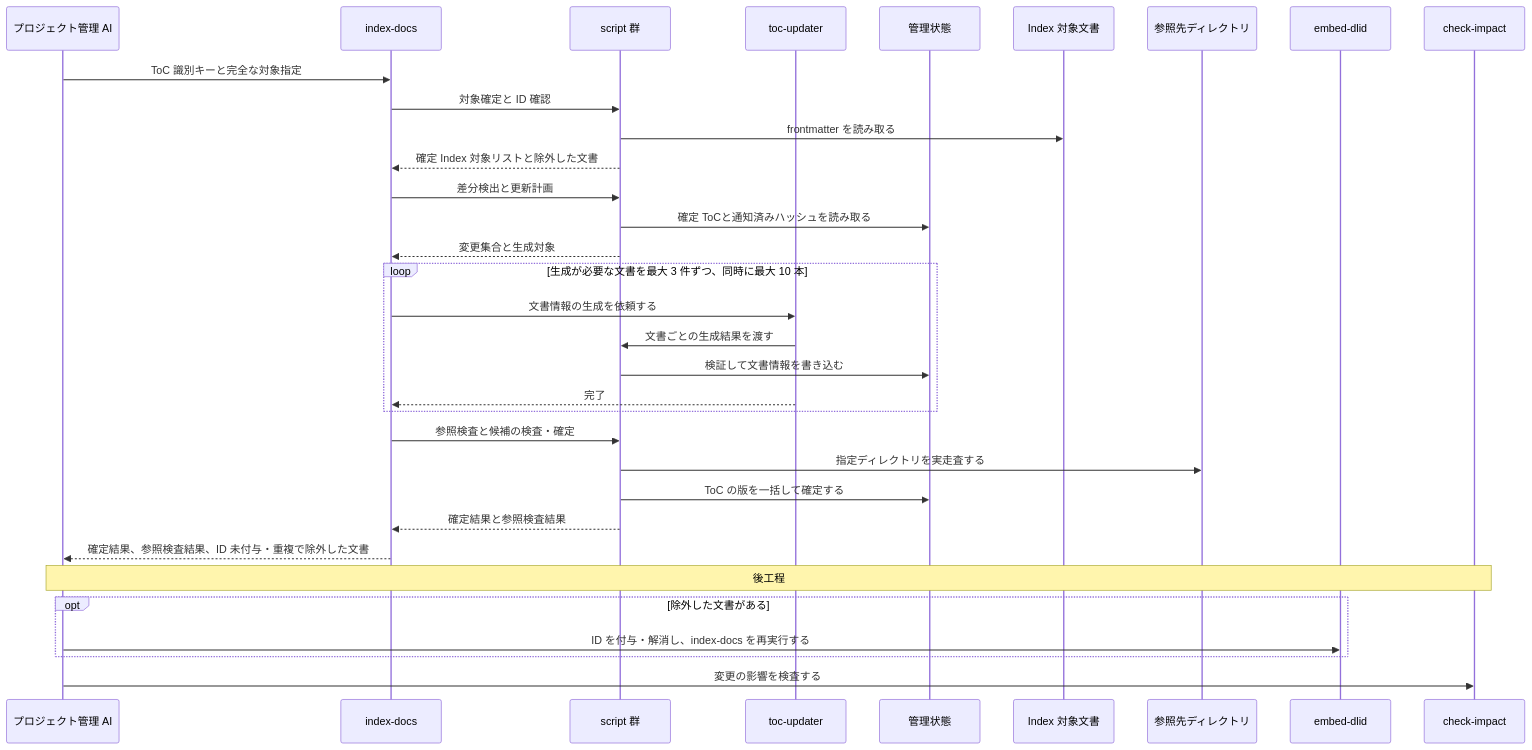
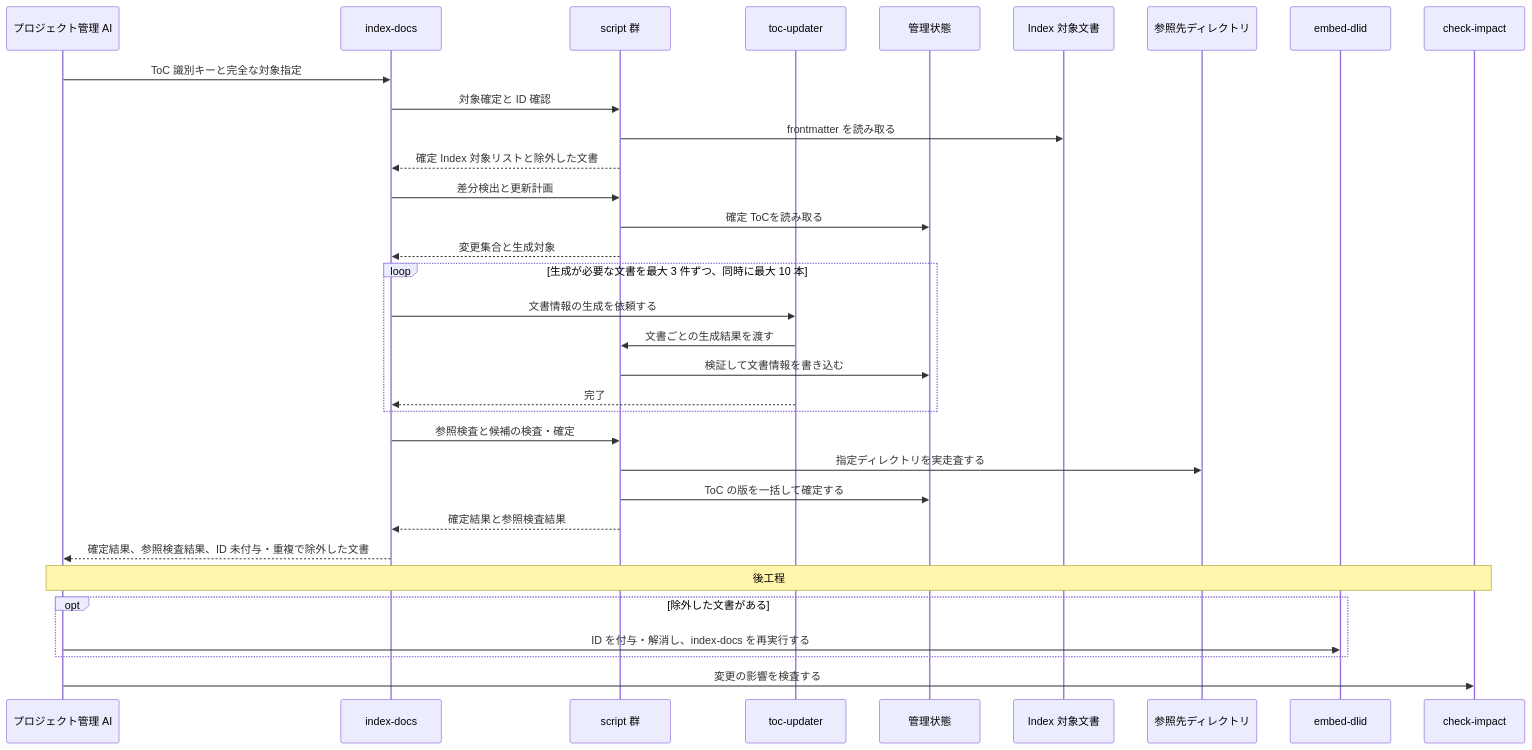
One commit to BlueEventHorizon/doc-link changed the third of 9 diagrams in docs/specs/design/DES-010_skill-composition.md. Above: the diagram before and after it, drawn with Mermaid. The commit also changed other lines of this file and 14 other files, not shown here.

````diff
--- a/docs/specs/design/DES-010_skill-composition.md
+++ b/docs/specs/design/DES-010_skill-composition.md
@@ -172,36 +179,36 @@
 ```mermaid
 sequenceDiagram
     participant PM as プロジェクト管理 AI
     participant Skill as index-docs
     participant Scripts as script 群
     participant Agent as toc-updater
     participant State as 管理状態
     participant Docs as Index 対象文書
     participant RefDirs as 参照先ディレクトリ
     participant Embed as embed-dlid
     participant Impact as check-impact
 
     PM->>Skill: ToC 識別キーと完全な対象指定
     Skill->>Scripts: 対象確定と ID 確認
     Scripts->>Docs: frontmatter を読み取る
     Scripts-->>Skill: 確定 Index 対象リストと除外した文書
     Skill->>Scripts: 差分検出と更新計画
-    Scripts->>State: 確定 ToCと通知済みハッシュを読み取る
+    Scripts->>State: 確定 ToCを読み取る
     Scripts-->>Skill: 変更集合と生成対象
     loop 生成が必要な文書を最大 3 件ずつ、同時に最大 10 本
         Skill->>Agent: 文書情報の生成を依頼する
         Agent->>Scripts: 文書ごとの生成結果を渡す
         Scripts->>State: 検証して文書情報を書き込む
         Agent-->>Skill: 完了
     end
     Skill->>Scripts: 参照検査と候補の検査・確定
     Scripts->>RefDirs: 指定ディレクトリを実走査する
     Scripts->>State: ToC の版を一括して確定する
     Scripts-->>Skill: 確定結果と参照検査結果
     Skill-->>PM: 確定結果、参照検査結果、ID 未付与・重複で除外した文書
     Note over PM,Impact: 後工程
     opt 除外した文書がある
         PM->>Embed: ID を付与・解消し、index-docs を再実行する
     end
     PM->>Impact: 変更の影響を検査する
 ```
````
